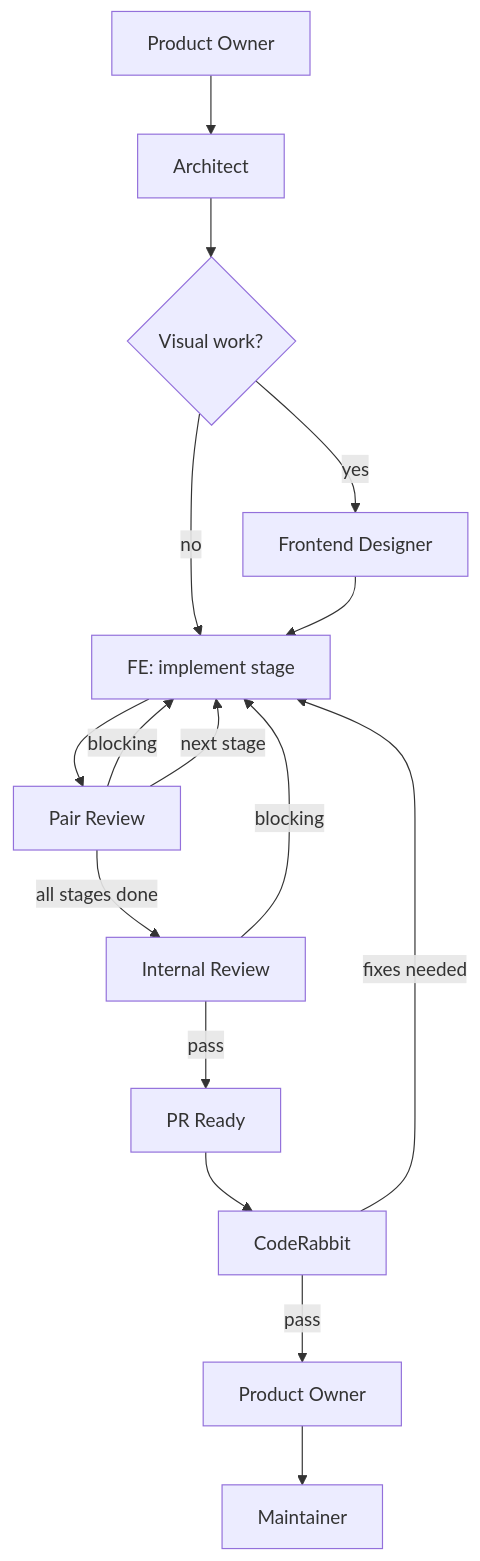
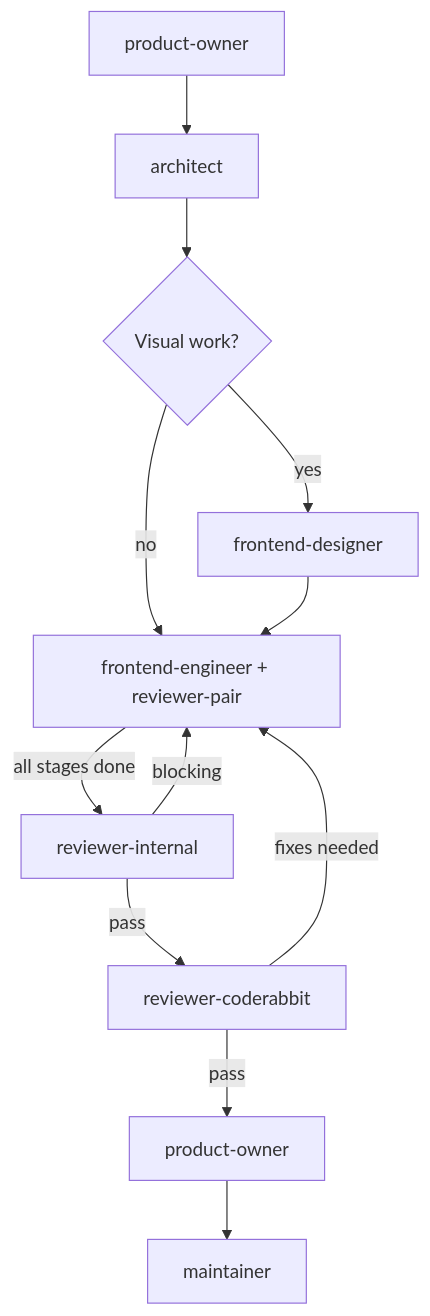
The diagram in agents/skills/workflow/variants/frontend.md (thiscantbeserious/ragts-learning-platform), drawn with Mermaid before and after one commit. The commit also changed 17 other files, not shown here.

First line of the commit message:
chore(agents): add Operating Boundaries, rename research to researcher, simplify mermaid charts (#25)

````diff
--- a/agents/skills/workflow/variants/frontend.md
+++ b/agents/skills/workflow/variants/frontend.md
@@ -5,18 +5,14 @@
 ```mermaid
 graph TD
-    PO1[Product Owner] --> Arch[Architect]
+    PO1[product-owner] --> Arch[architect]
     Arch --> Des{Visual work?}
-    Des -->|yes| FD[Frontend Designer]
+    Des -->|yes| FD[frontend-designer]
     Des -->|no| FE
-    FD --> FE[FE: implement stage]
-    FE --> PR[Pair Review]
-    PR -->|blocking| FE
-    PR -->|next stage| FE
-    PR -->|all stages done| IR[Internal Review]
+    FD --> FE[frontend-engineer + reviewer-pair]
+    FE -->|all stages done| IR[reviewer-internal]
+    IR -->|pass| CR[reviewer-coderabbit]
     IR -->|blocking| FE
-    IR -->|pass| Ready[PR Ready]
-    Ready --> CR[CodeRabbit]
+    CR -->|pass| PO2[product-owner]
     CR -->|fixes needed| FE
-    CR -->|pass| PO2[Product Owner]
-    PO2 --> M[Maintainer]
+    PO2 --> M[maintainer]
 ```
````
